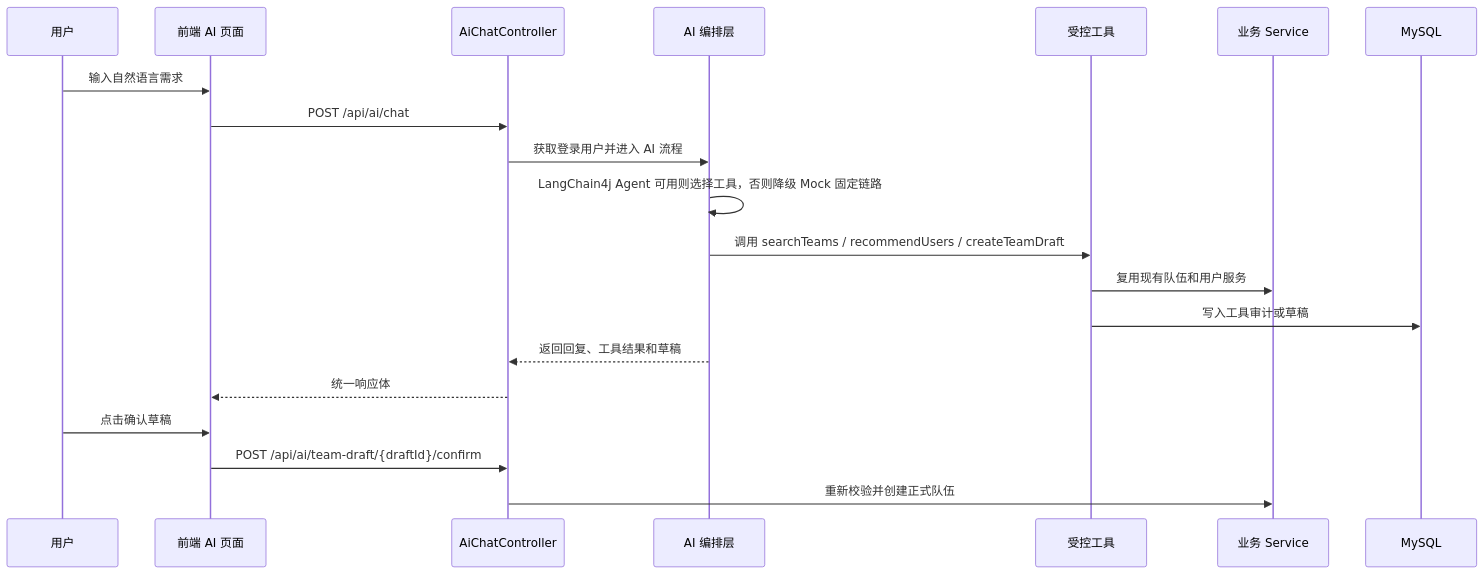
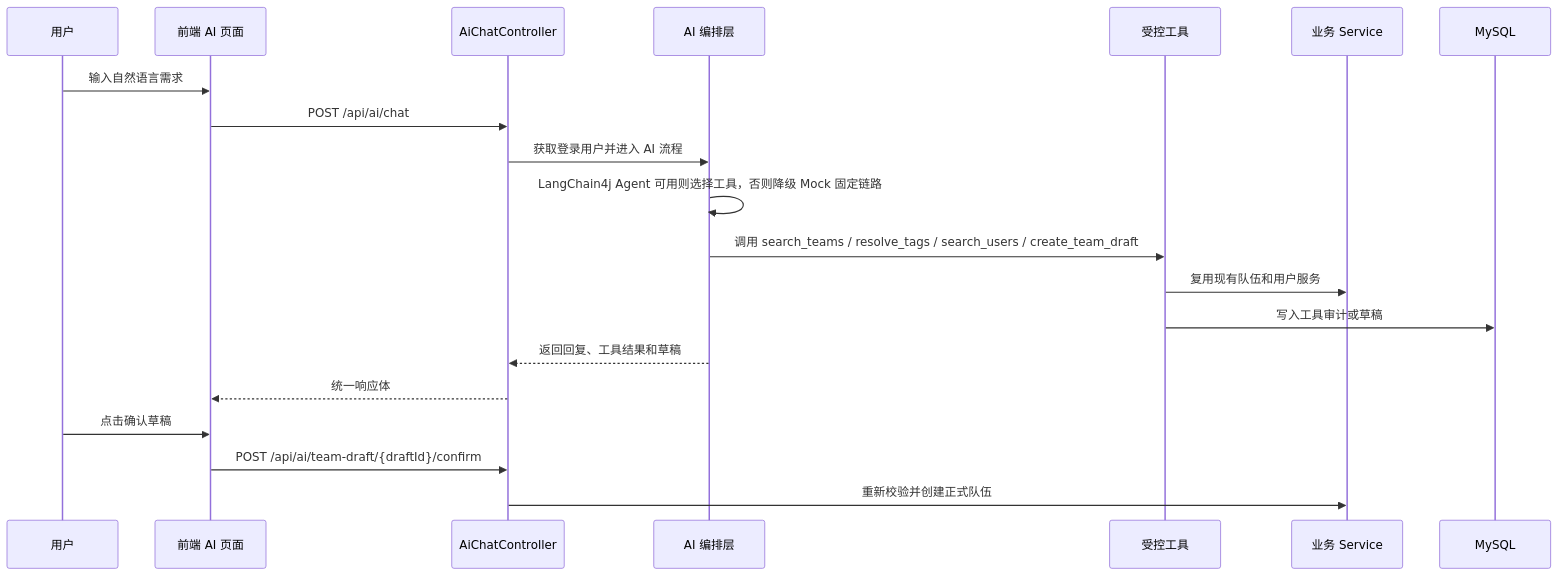
One commit to Code-Mikle/sync-up changed the fourth of 4 diagrams in README.md. Above: the diagram before and after it, drawn with Mermaid. The commit also changed other lines of this file, not shown here.

````diff
--- a/README.md
+++ b/README.md
@@ -211,23 +221,23 @@
 ```mermaid
 sequenceDiagram
     participant U as 用户
     participant F as 前端 AI 页面
     participant C as AiChatController
     participant A as AI 编排层
     participant T as 受控工具
     participant S as 业务 Service
     participant D as MySQL
 
     U->>F: 输入自然语言需求
     F->>C: POST /api/ai/chat
     C->>A: 获取登录用户并进入 AI 流程
     A->>A: LangChain4j Agent 可用则选择工具，否则降级 Mock 固定链路
-    A->>T: 调用 searchTeams / recommendUsers / createTeamDraft
+    A->>T: 调用 search_teams / resolve_tags / search_users / create_team_draft
     T->>S: 复用现有队伍和用户服务
     T->>D: 写入工具审计或草稿
     A-->>C: 返回回复、工具结果和草稿
     C-->>F: 统一响应体
     U->>F: 点击确认草稿
     F->>C: POST /api/ai/team-draft/{draftId}/confirm
     C->>S: 重新校验并创建正式队伍
 ```
````
